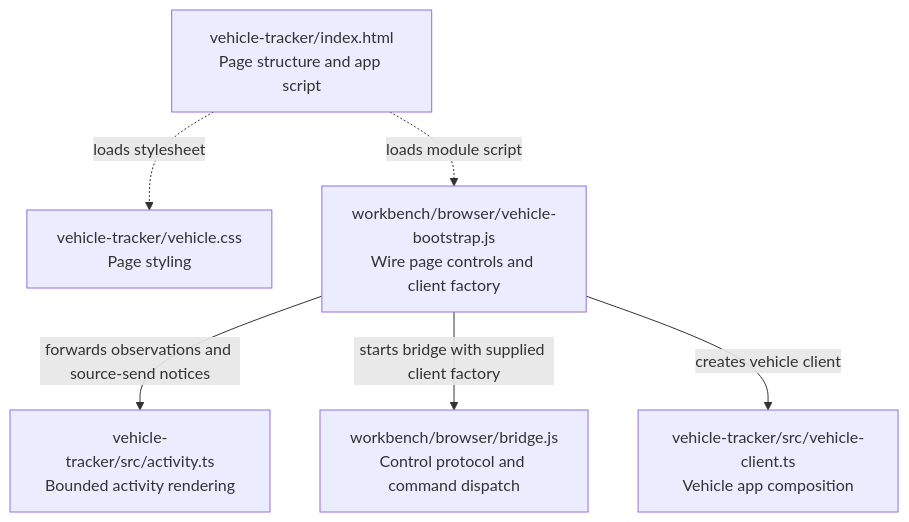
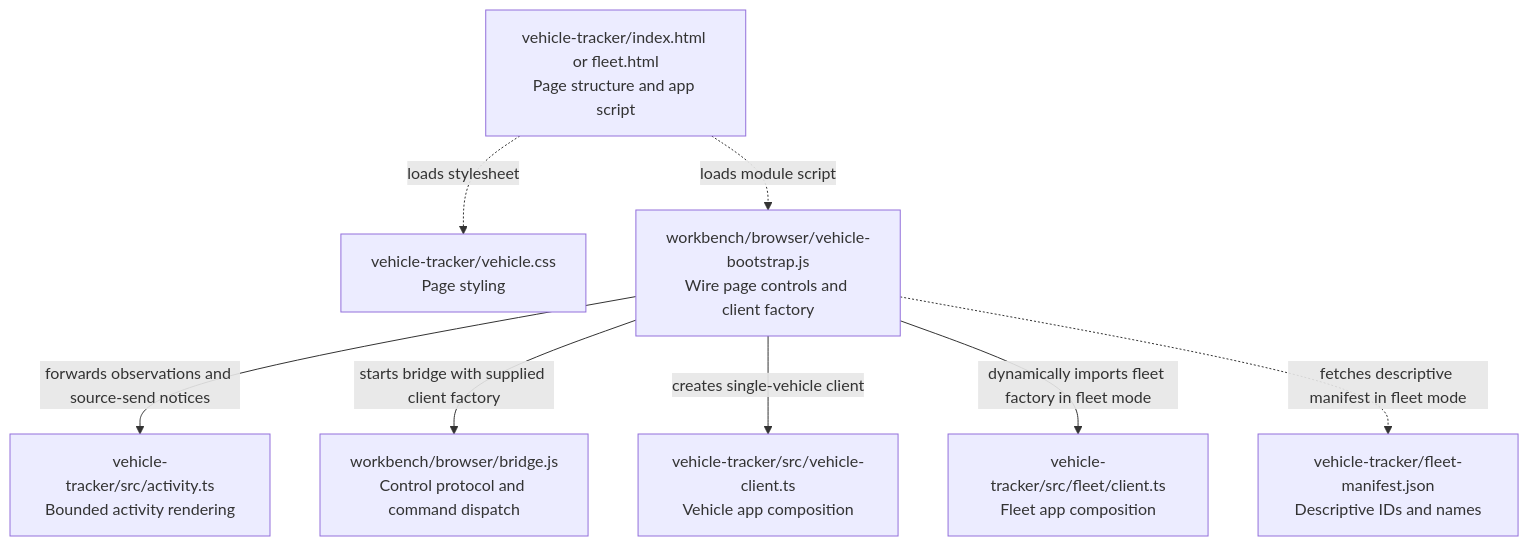
One commit to sproates/zooglass changed the third of 4 diagrams in incubator/vehicle-tracker/docs/source-map.md. Above: the diagram before and after it, drawn with Mermaid. The commit also changed other lines of this file and 99 other files, not shown here.

````diff
--- a/incubator/vehicle-tracker/docs/source-map.md
+++ b/incubator/vehicle-tracker/docs/source-map.md
@@ -58,14 +111,18 @@
 ```mermaid
 flowchart TB
-  html["vehicle-tracker/index.html<br/>Page structure and app script"]
+  html["vehicle-tracker/index.html or fleet.html<br/>Page structure and app script"]
   css["vehicle-tracker/vehicle.css<br/>Page styling"]
   bootstrap["workbench/browser/vehicle-bootstrap.js<br/>Wire page controls and client factory"]
   bridge["workbench/browser/bridge.js<br/>Control protocol and command dispatch"]
   client["vehicle-tracker/src/vehicle-client.ts<br/>Vehicle app composition"]
   html -.->|loads stylesheet| css
   html -.->|loads module script| bootstrap
   activity["vehicle-tracker/src/activity.ts<br/>Bounded activity rendering"]
   bootstrap -->|forwards observations and source-send notices| activity
   bootstrap -->|starts bridge with supplied client factory| bridge
-  bootstrap -->|creates vehicle client| client
+  bootstrap -->|creates single-vehicle client| client
+  fleet["vehicle-tracker/src/fleet/client.ts<br/>Fleet app composition"]
+  manifest["vehicle-tracker/fleet-manifest.json<br/>Descriptive IDs and names"]
+  bootstrap -->|dynamically imports fleet factory in fleet mode| fleet
+  bootstrap -.->|fetches descriptive manifest in fleet mode| manifest
 ```
````
